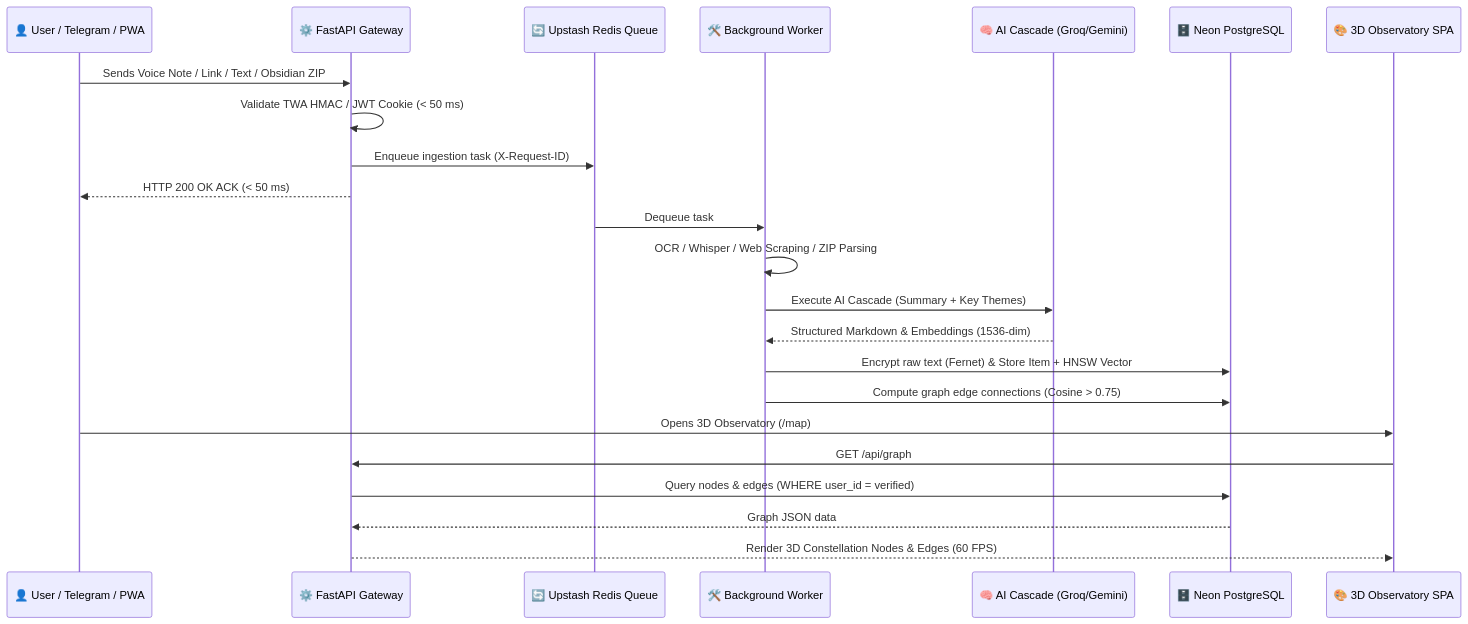
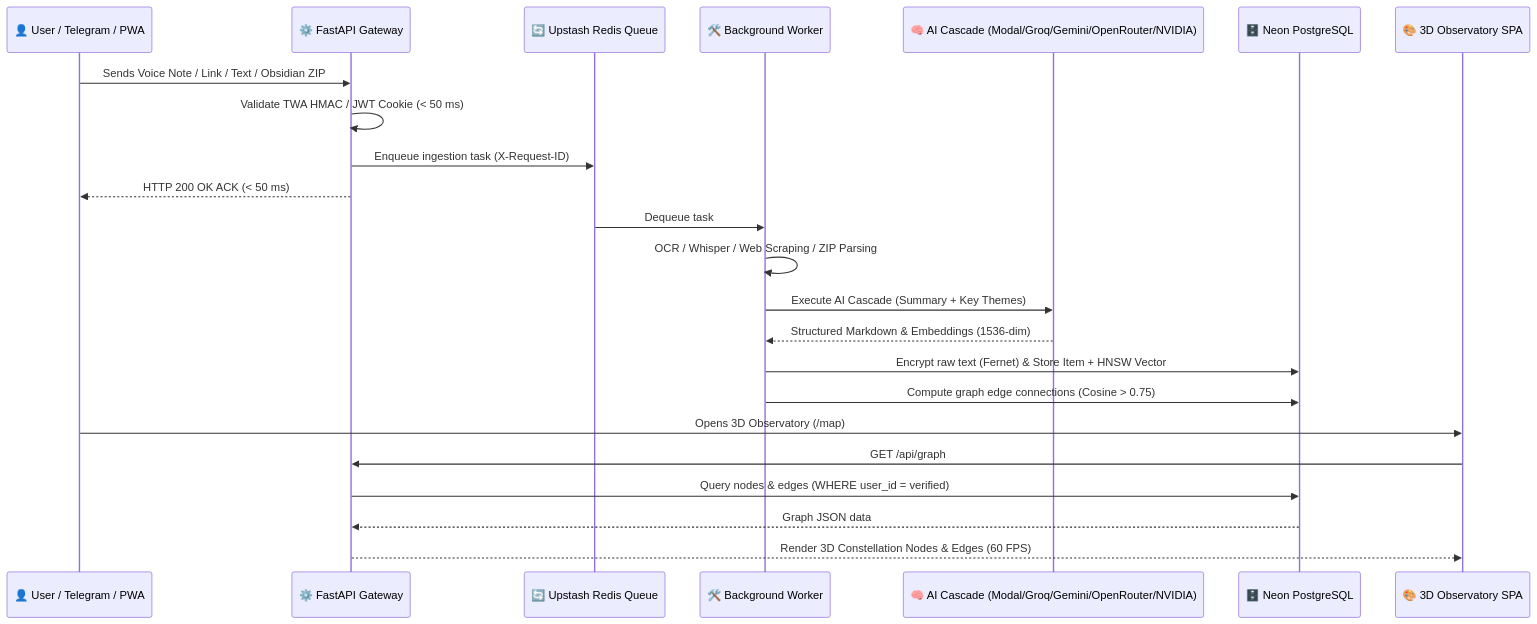
One commit to PriyanshuG27/Atrium changed the second of 3 diagrams in README.md. Above: the diagram before and after it, drawn with Mermaid. The commit also changed other lines of this file, not shown here.

Commit message:
docs(readme): correct AI cascade architecture to 5-tier (Modal, Groq, Gemini, OpenRouter, NVIDIA NIM) and UI rooms (/archive, /map, /drill, /profile, /settings)

````diff
--- a/README.md
+++ b/README.md
@@ -184,28 +196,28 @@
 ```mermaid
 sequenceDiagram
     participant User as 👤 User / Telegram / PWA
     participant API as ⚙️ FastAPI Gateway
     participant Queue as 🔄 Upstash Redis Queue
     participant Worker as 🛠️ Background Worker
-    participant AI as 🧠 AI Cascade (Groq/Gemini)
+    participant AI as 🧠 AI Cascade (Modal/Groq/Gemini/OpenRouter/NVIDIA)
     participant DB as 🗄️ Neon PostgreSQL
     participant FE as 🎨 3D Observatory SPA
 
     User->>API: Sends Voice Note / Link / Text / Obsidian ZIP
     API->>API: Validate TWA HMAC / JWT Cookie (< 50 ms)
     API->>Queue: Enqueue ingestion task (X-Request-ID)
     API-->>User: HTTP 200 OK ACK (< 50 ms)
 
     Queue->>Worker: Dequeue task
     Worker->>Worker: OCR / Whisper / Web Scraping / ZIP Parsing
     Worker->>AI: Execute AI Cascade (Summary + Key Themes)
     AI-->>Worker: Structured Markdown & Embeddings (1536-dim)
     Worker->>DB: Encrypt raw text (Fernet) & Store Item + HNSW Vector
     Worker->>DB: Compute graph edge connections (Cosine > 0.75)
 
     User->>FE: Opens 3D Observatory (/map)
     FE->>API: GET /api/graph
     API->>DB: Query nodes & edges (WHERE user_id = verified)
     DB-->>API: Graph JSON data
     API-->>FE: Render 3D Constellation Nodes & Edges (60 FPS)
 ```
````
